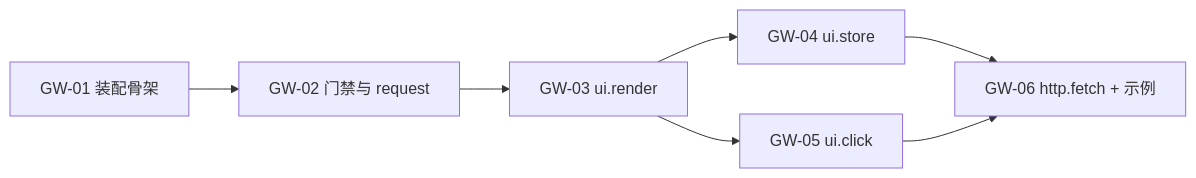
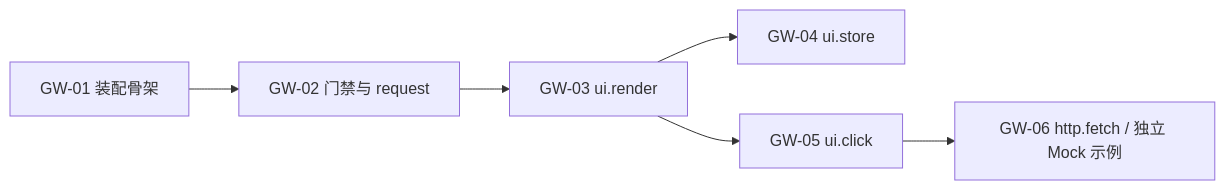
Before and after one commit to openJiuwen-ai/jiuwenswarm: the diagram in jiuwenswarm/gateway/extensions_v2/docs/designs/extensions-v2-development-plan.md, drawn with Mermaid. The commit also changed other lines of this file and 18 other files, not shown here.

````diff
--- a/jiuwenswarm/gateway/extensions_v2/docs/designs/extensions-v2-development-plan.md
+++ b/jiuwenswarm/gateway/extensions_v2/docs/designs/extensions-v2-development-plan.md
@@ -32,9 +32,8 @@
 ```mermaid
 flowchart LR
     G1["GW-01 装配骨架"] --> G2["GW-02 门禁与 request"]
     G2 --> G3["GW-03 ui.render"]
     G3 --> G4["GW-04 ui.store"]
     G3 --> G5["GW-05 ui.click"]
-    G4 --> G6["GW-06 http.fetch + 示例"]
-    G5 --> G6
+    G5 --> G6["GW-06 http.fetch / 独立 Mock 示例"]
 ```
````
